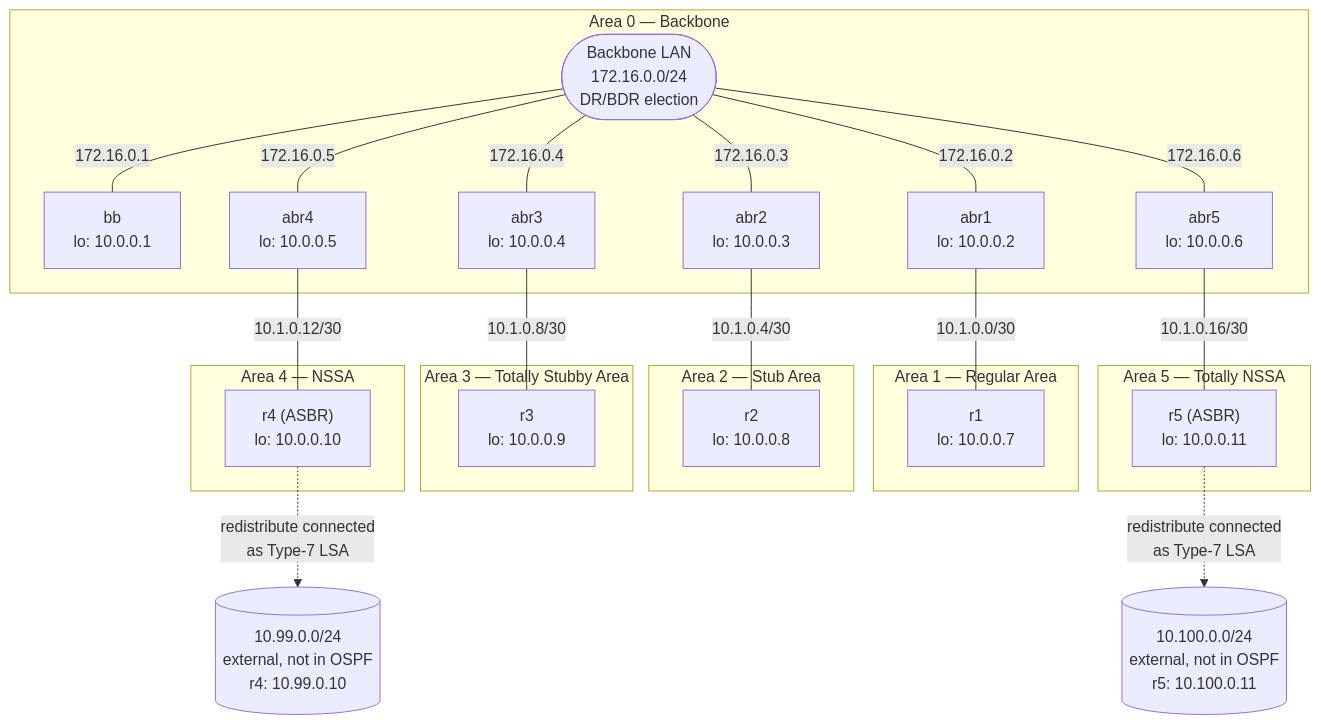
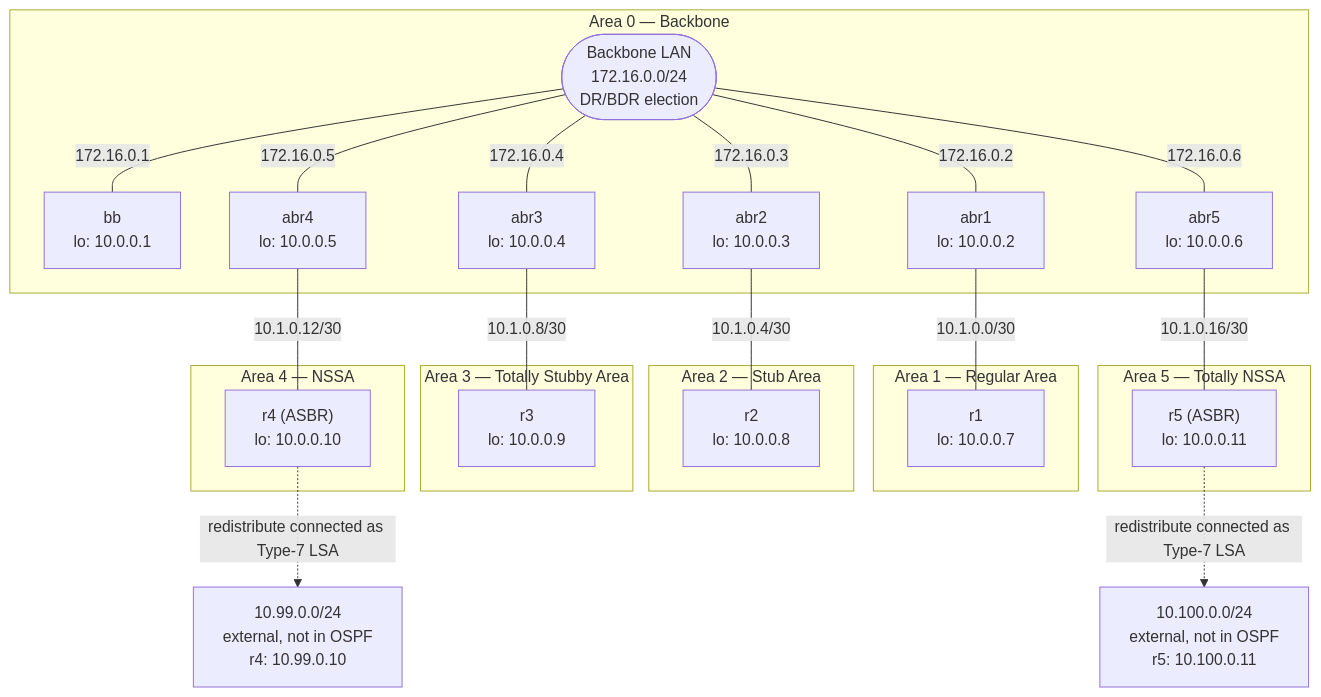
The diagram in README.md (severindellsperger/netlab-ospf-lab), drawn with Mermaid before and after one commit. The commit also changed other lines of this file, not shown here.

Commit message:
Fix Mermaid multiline labels with backtick syntax; add docker exec command

````diff
--- a/README.md
+++ b/README.md
@@ -9,50 +9,67 @@
 ```mermaid
 graph TB
     subgraph area0["Area 0 — Backbone"]
-        lan0(["Backbone LAN\n172.16.0.0/24\nDR/BDR election"])
-        bb["bb\nlo: 10.0.0.1"]
-        abr1["abr1\nlo: 10.0.0.2"]
-        abr2["abr2\nlo: 10.0.0.3"]
-        abr3["abr3\nlo: 10.0.0.4"]
-        abr4["abr4\nlo: 10.0.0.5"]
-        abr5["abr5\nlo: 10.0.0.6"]
+        lan0(["`Backbone LAN
+        172.16.0.0/24
+        DR/BDR election`"])
+        bb["`bb
+        lo: 10.0.0.1`"]
+        abr1["`abr1
+        lo: 10.0.0.2`"]
+        abr2["`abr2
+        lo: 10.0.0.3`"]
+        abr3["`abr3
+        lo: 10.0.0.4`"]
+        abr4["`abr4
+        lo: 10.0.0.5`"]
+        abr5["`abr5
+        lo: 10.0.0.6`"]
     end
 
     lan0 -- "172.16.0.1" --- bb
     lan0 -- "172.16.0.2" --- abr1
     lan0 -- "172.16.0.3" --- abr2
     lan0 -- "172.16.0.4" --- abr3
     lan0 -- "172.16.0.5" --- abr4
     lan0 -- "172.16.0.6" --- abr5
 
     subgraph area1["Area 1 — Regular Area"]
-        r1["r1\nlo: 10.0.0.7"]
+        r1["`r1
+        lo: 10.0.0.7`"]
     end
     abr1 -- "10.1.0.0/30" --- r1
 
     subgraph area2["Area 2 — Stub Area"]
-        r2["r2\nlo: 10.0.0.8"]
+        r2["`r2
+        lo: 10.0.0.8`"]
     end
     abr2 -- "10.1.0.4/30" --- r2
 
     subgraph area3["Area 3 — Totally Stubby Area"]
-        r3["r3\nlo: 10.0.0.9"]
+        r3["`r3
+        lo: 10.0.0.9`"]
     end
     abr3 -- "10.1.0.8/30" --- r3
 
     subgraph area4["Area 4 — NSSA"]
-        r4["r4 (ASBR)\nlo: 10.0.0.10"]
+        r4["`r4 (ASBR)
+        lo: 10.0.0.10`"]
     end
     abr4 -- "10.1.0.12/30" --- r4
 
-    ext4[("10.99.0.0/24\nexternal, not in OSPF\nr4: 10.99.0.10")]
-    r4 -. "redistribute connected\nas Type-7 LSA" .-> ext4
+    ext4["`10.99.0.0/24
+    external, not in OSPF
+    r4: 10.99.0.10`"]
+    r4 -. "redistribute connected as Type-7 LSA" .-> ext4
 
     subgraph area5["Area 5 — Totally NSSA"]
-        r5["r5 (ASBR)\nlo: 10.0.0.11"]
+        r5["`r5 (ASBR)
+        lo: 10.0.0.11`"]
     end
     abr5 -- "10.1.0.16/30" --- r5
 
-    ext5[("10.100.0.0/24\nexternal, not in OSPF\nr5: 10.100.0.11")]
-    r5 -. "redistribute connected\nas Type-7 LSA" .-> ext5
+    ext5["`10.100.0.0/24
+    external, not in OSPF
+    r5: 10.100.0.11`"]
+    r5 -. "redistribute connected as Type-7 LSA" .-> ext5
 ```
````
